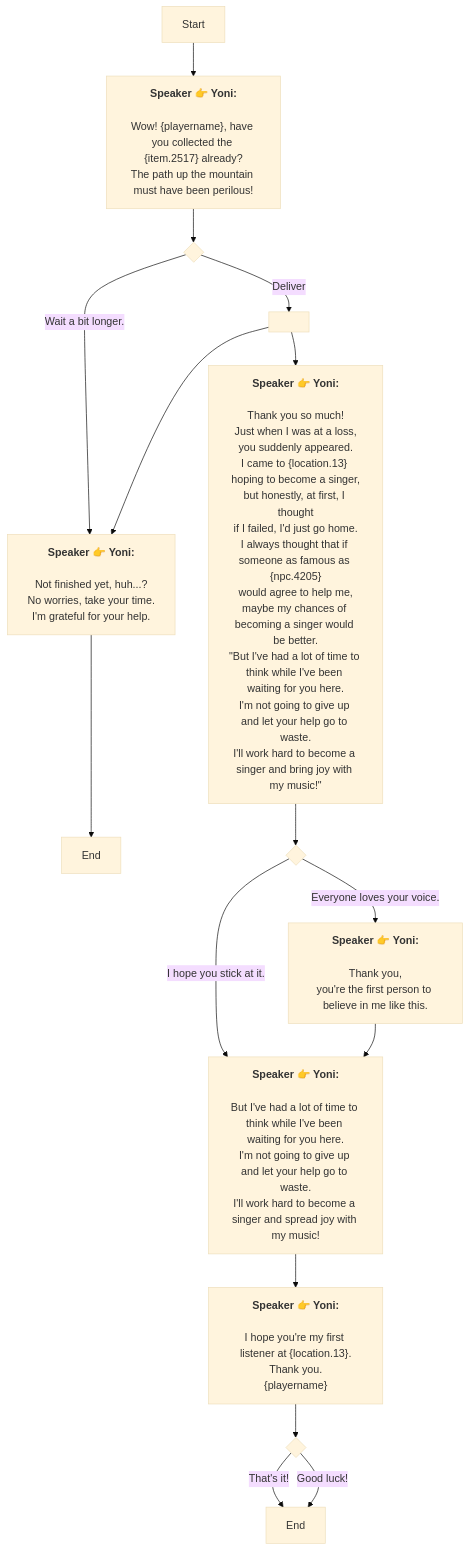
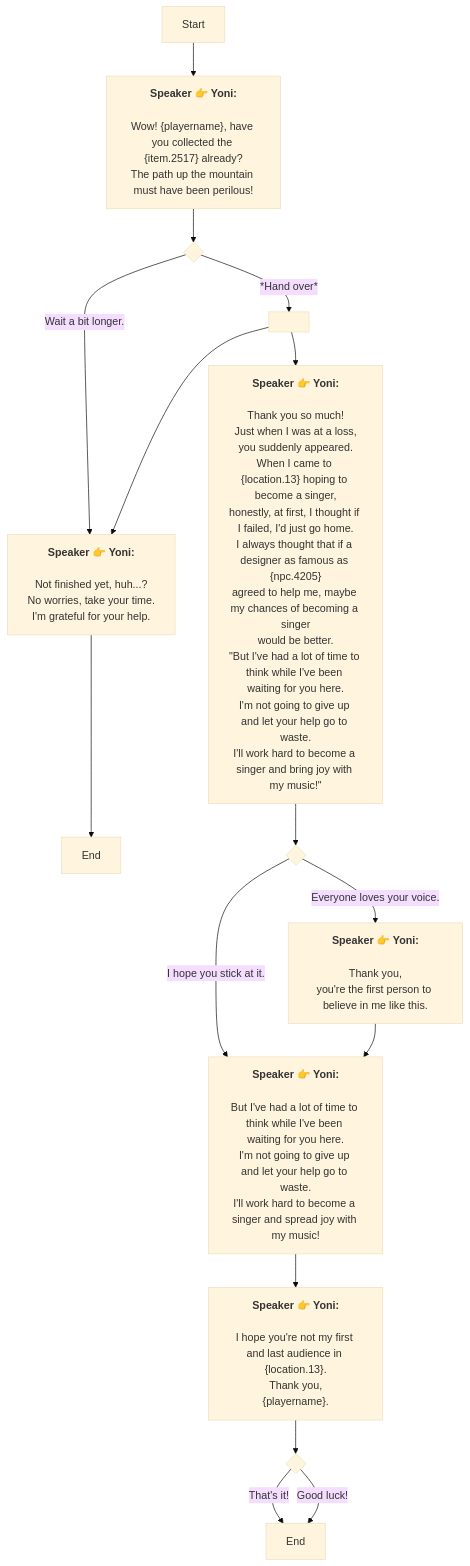
Before and after one commit to SoftHu/tos_avg: the diagram in En/QuestNPCDeliveryENode_1767747430516702.md, drawn with Mermaid (base theme). The commit also changed 312 other files, not shown here.

````diff
--- a/En/QuestNPCDeliveryENode_1767747430516702.md
+++ b/En/QuestNPCDeliveryENode_1767747430516702.md
@@ -1,58 +1,57 @@
 ```mermaid
 graph
 Start -->1767747552452602[<b>Speaker 👉 Yoni:</b>
 
 Wow! &lbrace;playername&rbrace;, have you collected the &lbrace;item.2517&rbrace; already?
 The path up the mountain must have been perilous!]
 1767747552452602 -->1767747552453629{ }
 1767747552453629 -->|Wait a bit longer.|1767747552455678[<b>Speaker 👉 Yoni:</b>
 
 Not finished yet, huh...?
 No worries, take your time.
 I'm grateful for your help.]
-1767747552453629 -->|Deliver|1767747871150114[ ]
+1767747552453629 -->|*Hand over*|1767747871150114[ ]
 1767747552455678 -->1767747552455679[End]
 1767747871150114 -->1767747552455678[<b>Speaker 👉 Yoni:</b>
 
 Not finished yet, huh...?
 No worries, take your time.
 I'm grateful for your help.]
 1767747871150114 -->1767747552459777[<b>Speaker 👉 Yoni:</b>
 
 Thank you so much!
 Just when I was at a loss,
 you suddenly appeared.
-I came to &lbrace;location.13&rbrace; hoping to become a singer,
-but honestly, at first, I thought
-if I failed, I'd just go home.
-I always thought that if someone as famous as &lbrace;npc.4205&rbrace;
-would agree to help me,
-maybe my chances of becoming a singer would be better.
+When I came to &lbrace;location.13&rbrace; hoping to become a singer,
+honestly, at first, I thought if I failed, I'd just go home.
+I always thought that if a designer as famous as &lbrace;npc.4205&rbrace;
+agreed to help me, maybe my chances of becoming a singer
+would be better.
 &quot;But I've had a lot of time to think while I've been waiting for you here.
 I'm not going to give up and let your help go to waste.
 I'll work hard to become a singer and bring joy with my music!&quot;]
 1767747552459777 -->1767747552461828{ }
 1767747552461828 -->|I hope you stick at it.|1767747552464902[<b>Speaker 👉 Yoni:</b>
 
 But I've had a lot of time to think while I've been waiting for you here.
 I'm not going to give up and let your help go to waste.
 I'll work hard to become a singer and spread joy with my music!]
 1767747552461828 -->|Everyone loves your voice.|1767747552471053[<b>Speaker 👉 Yoni:</b>
 
 Thank you,
 you're the first person to believe in me like this.]
 1767747552464902 -->1767747552466951[<b>Speaker 👉 Yoni:</b>
 
-I hope you're my first listener at &lbrace;location.13&rbrace;.
-Thank you.
-&lbrace;playername&rbrace;]
+I hope you're not my first and last audience in &lbrace;location.13&rbrace;.
+Thank you,
+&lbrace;playername&rbrace;.]
 1767747552466951 -->1767747552467978{ }
 1767747552467978 -->|That's it!|1767747552469003[End]
 1767747552467978 -->|Good luck!|1767747552469003[End]
 1767747552471053 -->1767747552464902[<b>Speaker 👉 Yoni:</b>
 
 But I've had a lot of time to think while I've been waiting for you here.
 I'm not going to give up and let your help go to waste.
 I'll work hard to become a singer and spread joy with my music!]
 
  ```
````
